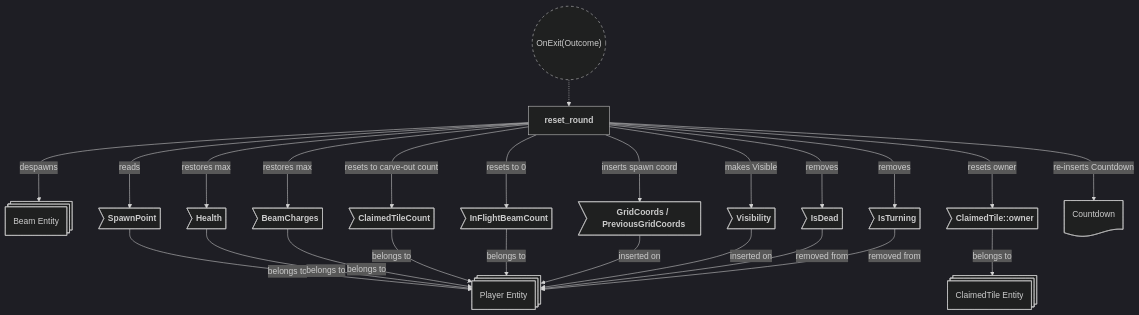
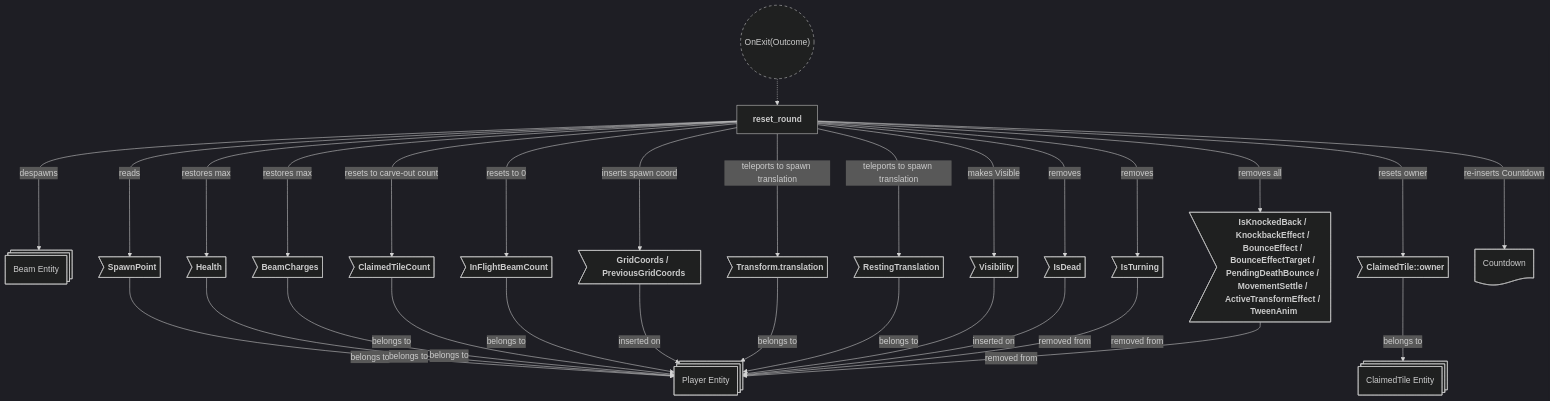
Before and after one commit to neurosoup/tyled: the ninth of 9 diagrams in backlog/docs/doc-15 - 013-Round-plugin.md, drawn with Mermaid. The commit also changed other lines of this file and 14 other files, not shown here.

First line of the commit message:
Add beam-origin illumination and fix knockback transform-effect race

````diff
--- a/backlog/docs/doc-15 - 013-Round-plugin.md
+++ b/backlog/docs/doc-15 - 013-Round-plugin.md
@@ -404,44 +404,50 @@
 ```mermaid
 ---
 config:
   theme: dark
 ---
 
 flowchart TD
 classDef system-group stroke-dasharray: 5 5
 
 state_transition(("`OnExit(Outcome)`")):::system-group
 reset_round["`**reset_round**`"]
 
 state_transition -.-> reset_round
 
 player_entity@{ shape: st-rect, label: "Player Entity" }
 tile_entity@{ shape: st-rect, label: "ClaimedTile Entity" }
 beam_entity@{ shape: st-rect, label: "Beam Entity" }
 
 pe_spawn>"`**SpawnPoint**`"] --> |belongs to| player_entity
 pe_health>"`**Health**`"] --> |belongs to| player_entity
 pe_charges>"`**BeamCharges**`"] --> |belongs to| player_entity
 pe_count>"`**ClaimedTileCount**`"] --> |belongs to| player_entity
 pe_in_flight>"`**InFlightBeamCount**`"] --> |belongs to| player_entity
 pe_coords>"`**GridCoords / PreviousGridCoords**`"] --> |inserted on| player_entity
+pe_transform>"`**Transform.translation**`"] --> |belongs to| player_entity
+pe_resting>"`**RestingTranslation**`"] --> |belongs to| player_entity
 pe_vis>"`**Visibility**`"] --> |inserted on| player_entity
 pe_dead>"`**IsDead**`"] --> |removed from| player_entity
 pe_turning>"`**IsTurning**`"] --> |removed from| player_entity
+pe_effect_state>"`**IsKnockedBack / KnockbackEffect / BounceEffect / BounceEffectTarget / PendingDeathBounce / MovementSettle / ActiveTransformEffect / TweenAnim**`"] --> |removed from| player_entity
 te_owner>"`**ClaimedTile::owner**`"] --> |belongs to| tile_entity
 
 reset_round ---> |reads| pe_spawn
 reset_round ---> |restores max| pe_health
 reset_round ---> |restores max| pe_charges
 reset_round ---> |resets to carve-out count| pe_count
 reset_round ---> |resets to 0| pe_in_flight
 reset_round ---> |inserts spawn coord| pe_coords
+reset_round ---> |"teleports to spawn translation"| pe_transform
+reset_round ---> |"teleports to spawn translation"| pe_resting
 reset_round ---> |makes Visible| pe_vis
 reset_round ---> |removes| pe_dead
 reset_round ---> |removes| pe_turning
+reset_round ---> |removes all| pe_effect_state
 reset_round ---> |resets owner| te_owner
 reset_round ---> |despawns| beam_entity
 reset_round ---> |re-inserts Countdown| world_res
 
 world_res@{ shape: doc, label: "Countdown" }
 ```
````
